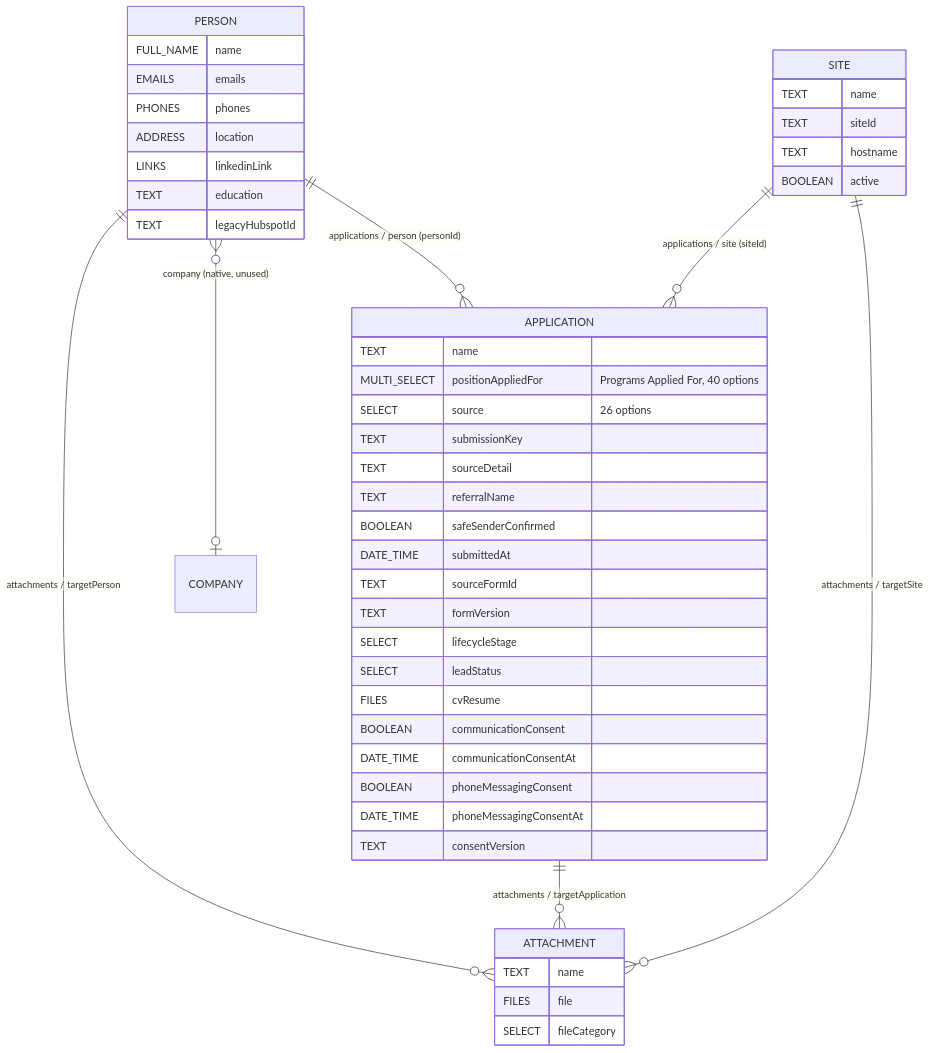
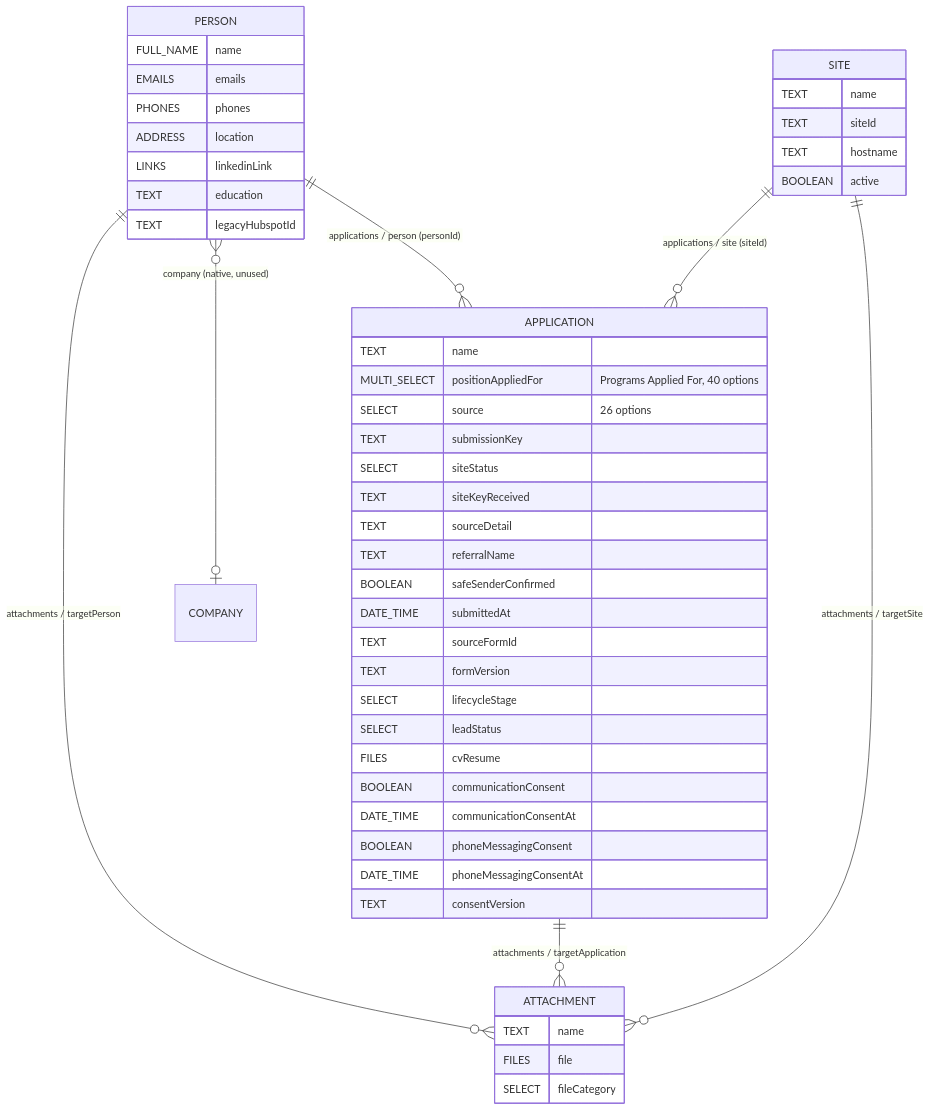
Before and after one commit to At-an/FloLabs_Intake_Forms: the diagram in flolabs-intake-handoff/docs/twenty-schema.md, drawn with Mermaid. The commit also changed other lines of this file and 17 other files, not shown here.

First line of the commit message:
Add POST /api/applications with site status tracking (T5)

````diff
--- a/flolabs-intake-handoff/docs/twenty-schema.md
+++ b/flolabs-intake-handoff/docs/twenty-schema.md
@@ -11,50 +11,52 @@
 ```mermaid
 erDiagram
     PERSON ||--o{ APPLICATION : "applications / person (personId)"
     SITE ||--o{ APPLICATION : "applications / site (siteId)"
     PERSON ||--o{ ATTACHMENT : "attachments / targetPerson"
     APPLICATION ||--o{ ATTACHMENT : "attachments / targetApplication"
     SITE ||--o{ ATTACHMENT : "attachments / targetSite"
     PERSON }o--o| COMPANY : "company (native, unused)"
 
     PERSON {
         FULL_NAME name
         EMAILS emails
         PHONES phones
         ADDRESS location
         LINKS linkedinLink
         TEXT education
         TEXT legacyHubspotId
     }
     APPLICATION {
         TEXT name
         MULTI_SELECT positionAppliedFor "Programs Applied For, 40 options"
         SELECT source "26 options"
         TEXT submissionKey
+        SELECT siteStatus
+        TEXT siteKeyReceived
         TEXT sourceDetail
         TEXT referralName
         BOOLEAN safeSenderConfirmed
         DATE_TIME submittedAt
         TEXT sourceFormId
         TEXT formVersion
         SELECT lifecycleStage
         SELECT leadStatus
         FILES cvResume
         BOOLEAN communicationConsent
         DATE_TIME communicationConsentAt
         BOOLEAN phoneMessagingConsent
         DATE_TIME phoneMessagingConsentAt
         TEXT consentVersion
     }
     SITE {
         TEXT name
         TEXT siteId
         TEXT hostname
         BOOLEAN active
     }
     ATTACHMENT {
         TEXT name
         FILES file
         SELECT fileCategory
     }
 ```
````
